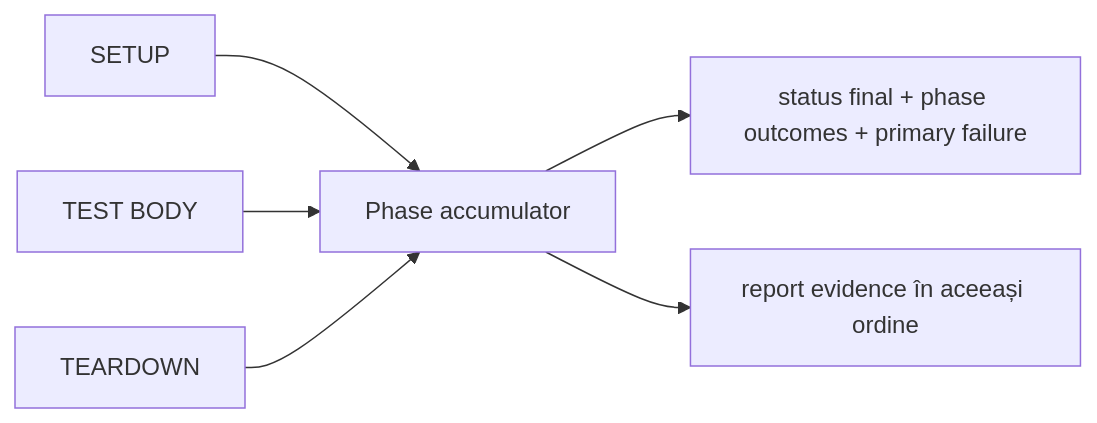
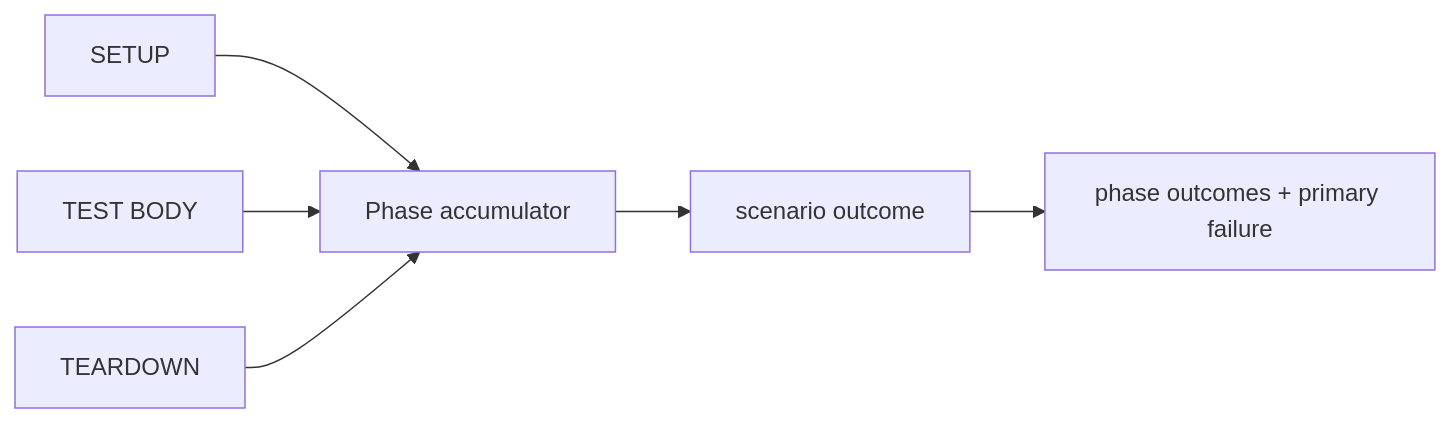
The third of 3 diagrams in README.md (crististefanita/demo2), drawn with Mermaid before and after one commit. The commit also changed other lines of this file and 17 other files, not shown here.

````diff
--- a/README.md
+++ b/README.md
@@ -249,8 +117,8 @@
 ```mermaid
 flowchart LR
-    S[SETUP] --> A[Phase accumulator]
-    B[TEST BODY] --> A
-    T[TEARDOWN] --> A
-    A --> O[status final + phase outcomes + primary failure]
-    A --> R[report evidence în aceeași ordine]
+    Setup[SETUP] --> Acc[Phase accumulator]
+    Body[TEST BODY] --> Acc
+    Teardown[TEARDOWN] --> Acc
+    Acc --> Outcome[scenario outcome]
+    Outcome --> Evidence[phase outcomes + primary failure]
 ```
````
